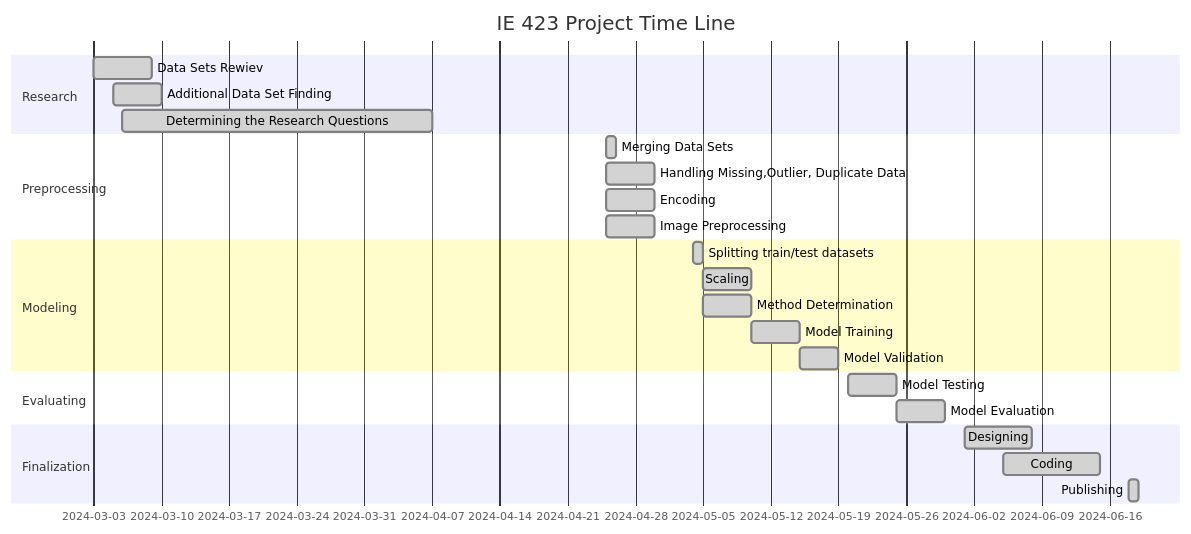
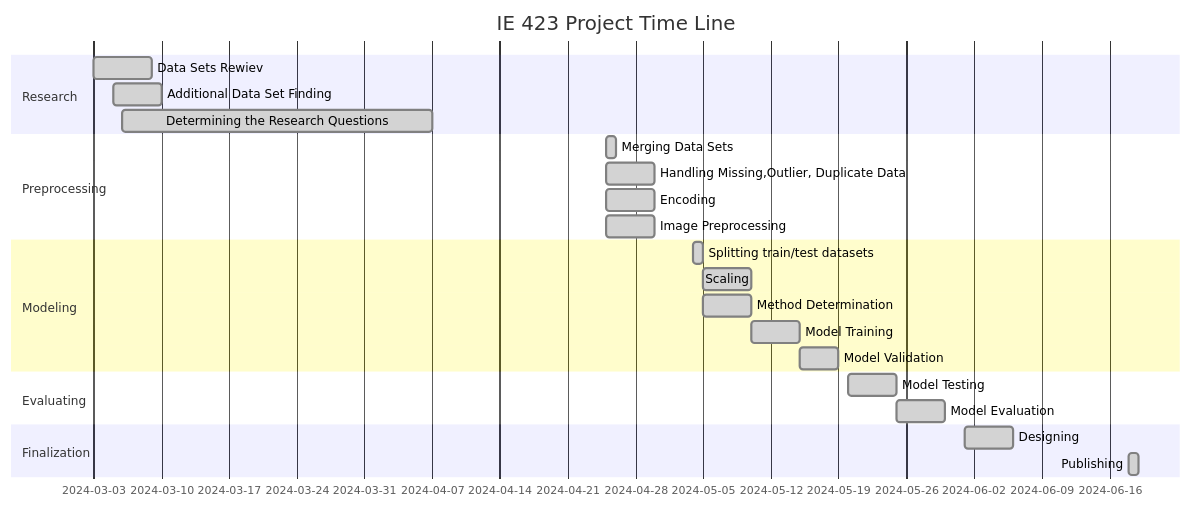
Before and after one commit to BILGI-IE-423/ie423-2024-termproject-ai-world: the diagram in README.md, drawn with Mermaid.

````diff
--- a/README.md
+++ b/README.md
@@ -148,35 +148,34 @@
 ```mermaid
 
 gantt
        dateFormat  YYYY-MM-DD
        title IE 423 Project Time Line
 
        section Research
        Data Sets Rewiev                                   :done, des1, 2024-03-03,6d
        Additional Data Set Finding                        :done, des2, 2024-03-05,5d
        Determining the Research Questions                 :done, des3, 2024-03-06,2024-04-07
 
        section Preprocessing
        Merging Data Sets                                  :done, des4, 2024-04-25, 1d
        Handling Missing,Outlier, Duplicate Data           :done, des5, 2024-04-25, 5d
        Encoding                                           :done, des6, 2024-04-25, 5d
        Image Preprocessing                                :done, des7, 2024-04-25, 5d
 
        section Modeling
        Splitting train/test datasets                      :done, des8, 2024-05-04, 1d
        Scaling                                            :done, des9, 2024-05-05, 5d
        Method Determination                               :done, des10, 2024-05-05, 5d
        Model Training                                     :done, des11, 2024-05-10, 5d
        Model Validation                                   :done, des12, 2024-05-15, 4d
 
        section Evaluating
        Model Testing                                      :done, des13, 2024-05-20,5d
        Model Evaluation                                   :done, des14, 2024-05-25, 5d
 
        section Finalization
-       Designing                                          :done, des15, 2024-06-01,7d
-       Coding                                             :done, des16, 2024-06-05,10d
-       Publishing                                         :done, des17, 2024-06-18, 1d
+       Designing                                          :done, des15, 2024-06-01,5d
+       Publishing                                         :done, des16, 2024-06-18, 1d
     
 
 ```
````
